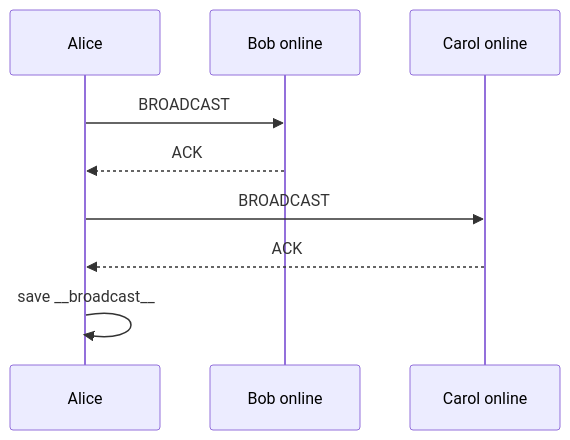
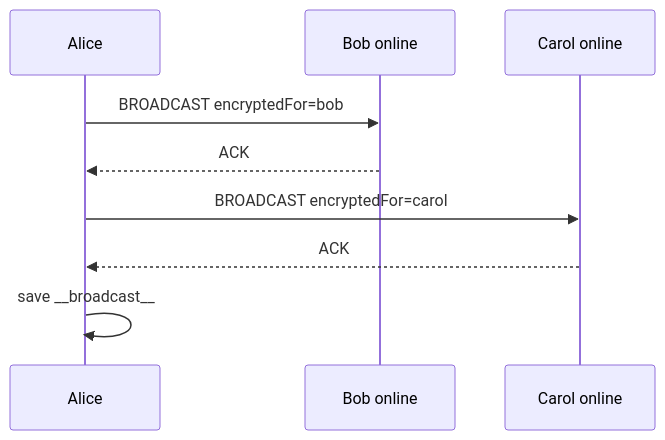
The sixth of 6 diagrams in docs/nop-bai/03_giao_thuc_trao_doi_thong_diep.md (dungcony/p2p), drawn with Mermaid before and after one commit. The commit also changed other lines of this file and 14 other files, not shown here.

````diff
--- a/docs/nop-bai/03_giao_thuc_trao_doi_thong_diep.md
+++ b/docs/nop-bai/03_giao_thuc_trao_doi_thong_diep.md
@@ -202,11 +280,11 @@
 ```mermaid
 sequenceDiagram
     participant A as Alice
     participant B as Bob online
     participant C as Carol online
-    A->>B: BROADCAST
+    A->>B: BROADCAST encryptedFor=bob
     B-->>A: ACK
-    A->>C: BROADCAST
+    A->>C: BROADCAST encryptedFor=carol
     C-->>A: ACK
     A->>A: save __broadcast__
 ```
````
